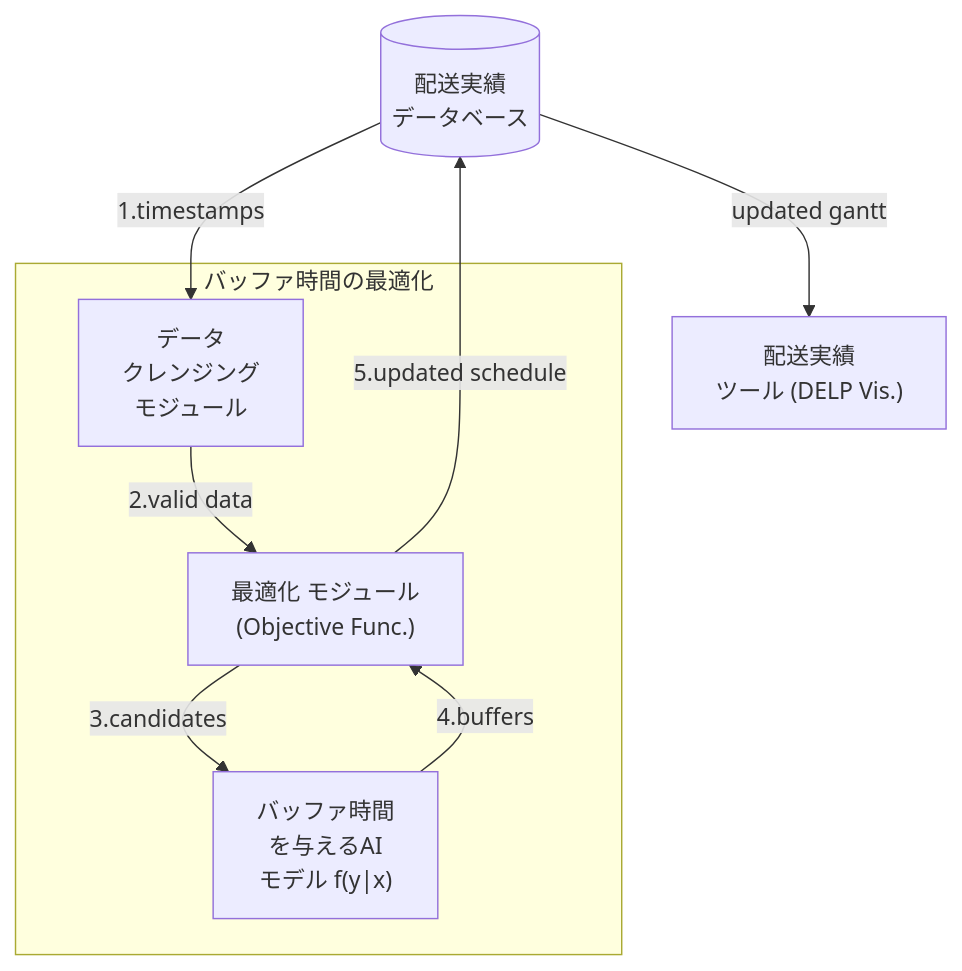
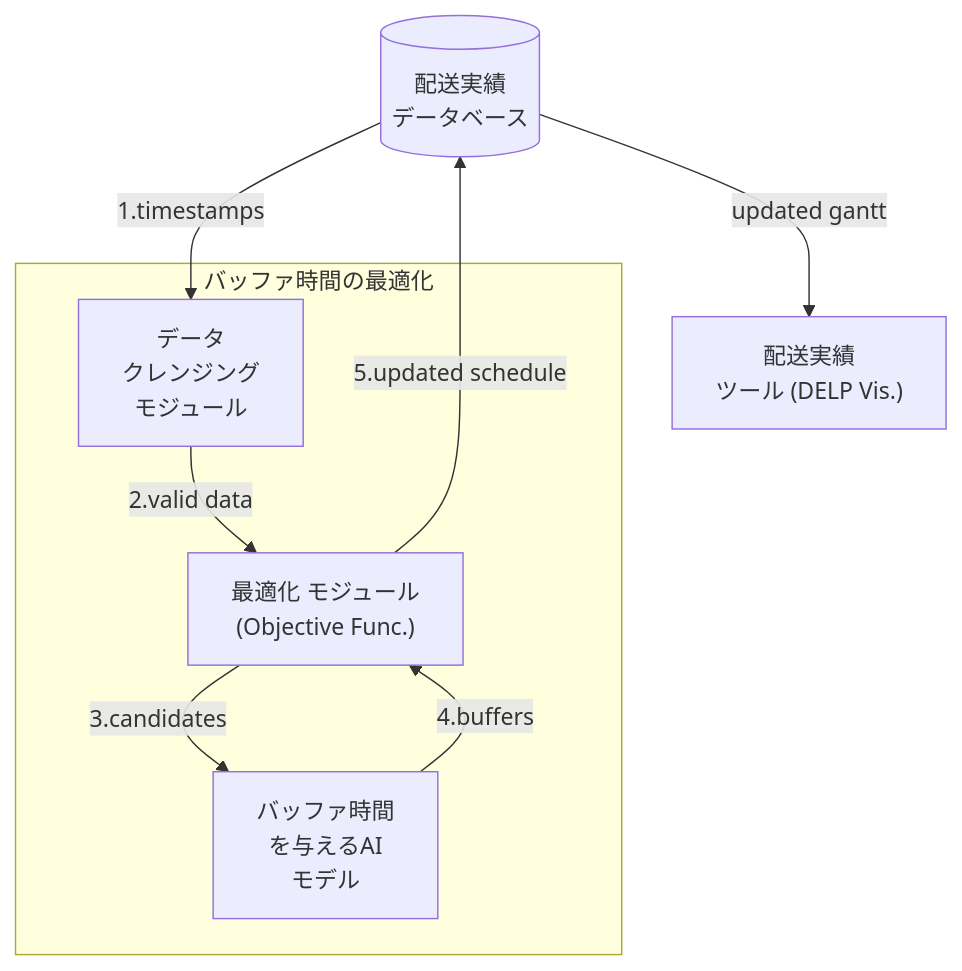
One commit to miraitechnologies/buffertime changed the diagram in README.md. Above: the diagram before and after it, drawn with Mermaid. The commit also changed other lines of this file, not shown here.

````diff
--- a/README.md
+++ b/README.md
@@ -46,27 +47,27 @@
 ```mermaid
 flowchart TB
     delp[("配送実績
           データベース")]
     tool["配送実績
           ツール (DELP Vis.)"]
 
     delp --updated gantt--> tool
 
     clean["データ
           クレンジング
           モジュール"]
     model["バッファ時間
           を与えるAI
-          モデル f(y|x)"]
+          モデル"]
     selection["最適化 モジュール
             (Objective Func.)"]
 
     delp --1.timestamps--> clean
 
     subgraph optimize["バッファ時間の最適化"]
     clean --2.valid data--> selection
     selection --3.candidates--> model
     model --4.buffers--> selection
     end
     selection --5.updated schedule--> delp
 ```
````
